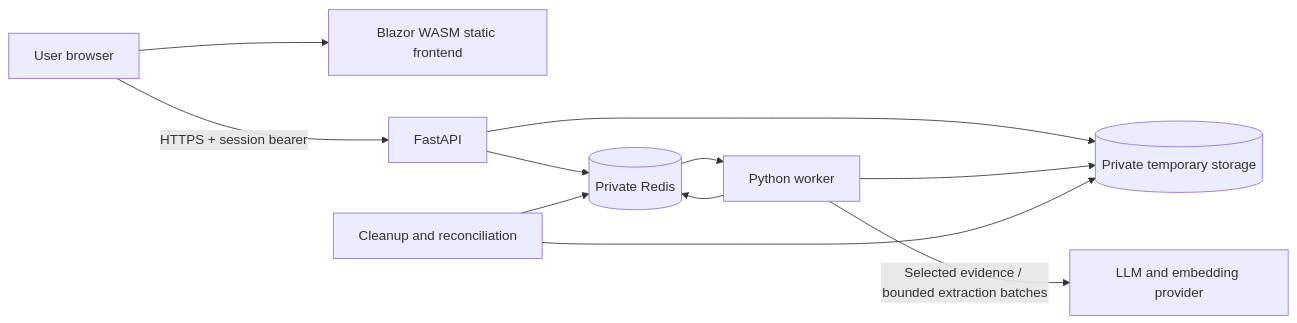
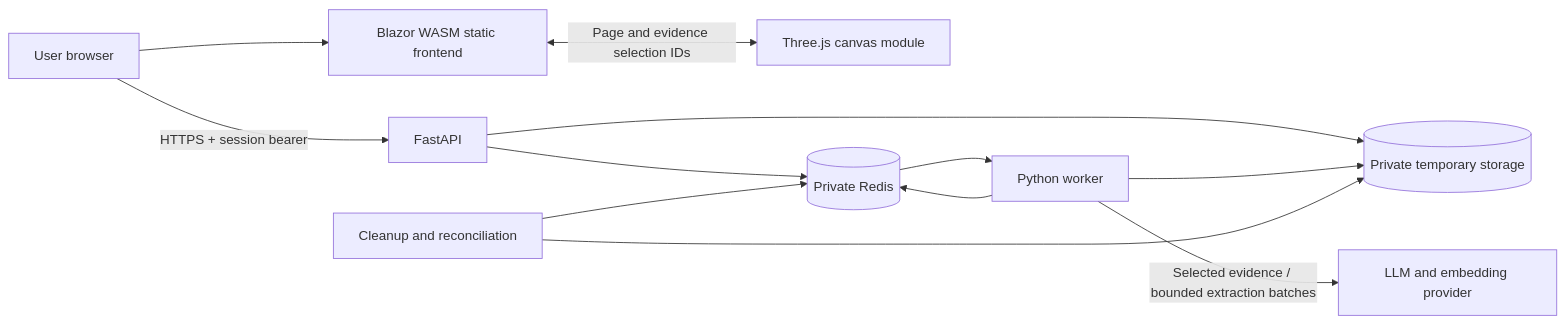
Before and after one commit to Llenoxinn/AIGht: the diagram in architecture.md, drawn with Mermaid. The commit also changed other lines of this file and 6 other files, not shown here.

````diff
--- a/architecture.md
+++ b/architecture.md
@@ -27,13 +27,14 @@
 ```mermaid
 flowchart LR
     User[User browser] --> Web[Blazor WASM static frontend]
+    Web <-->|Page and evidence selection IDs| Scene[Three.js canvas module]
     User -->|HTTPS + session bearer| API[FastAPI]
     API --> State[(Private Redis)]
     API --> Files[(Private temporary storage)]
     State --> Worker[Python worker]
     Worker --> State
     Worker --> Files
     Worker -->|Selected evidence / bounded extraction batches| AI[LLM and embedding provider]
     Cleanup[Cleanup and reconciliation] --> State
     Cleanup --> Files
 ```
````
